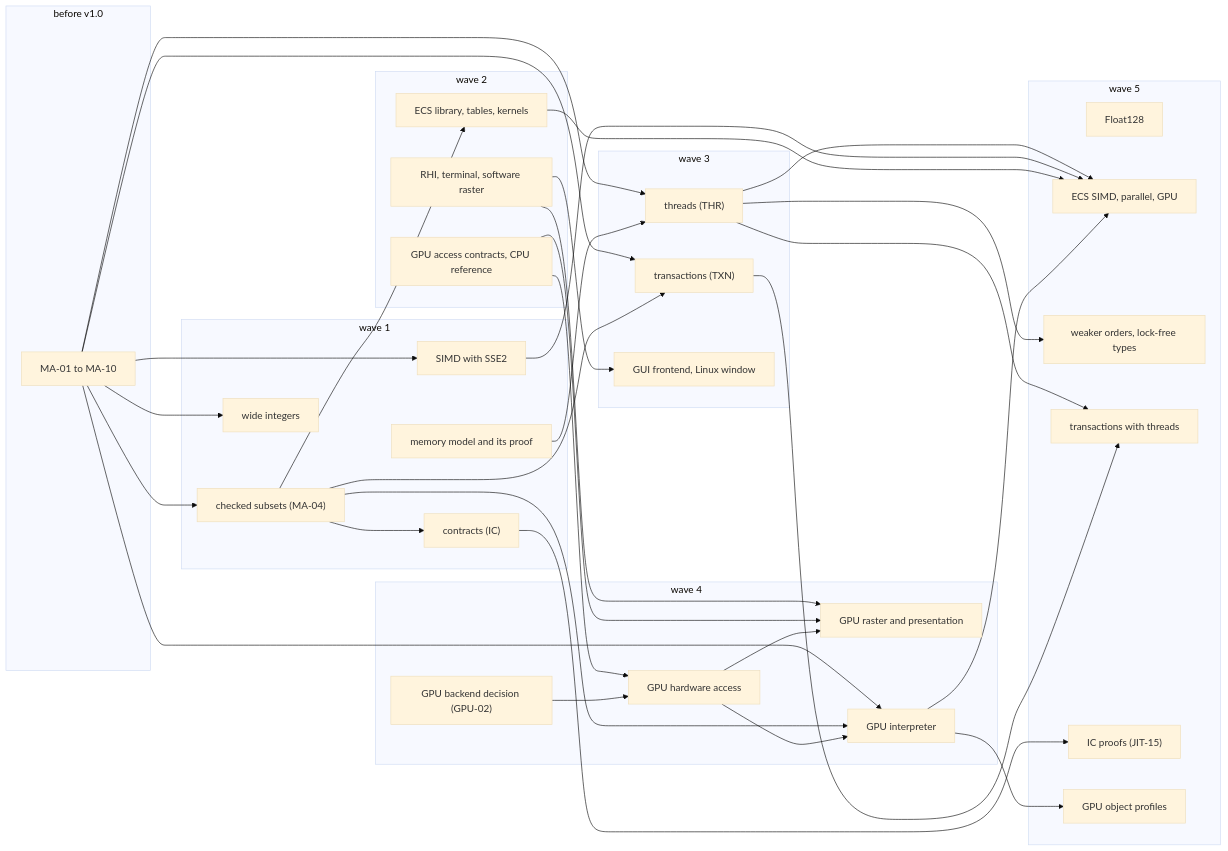
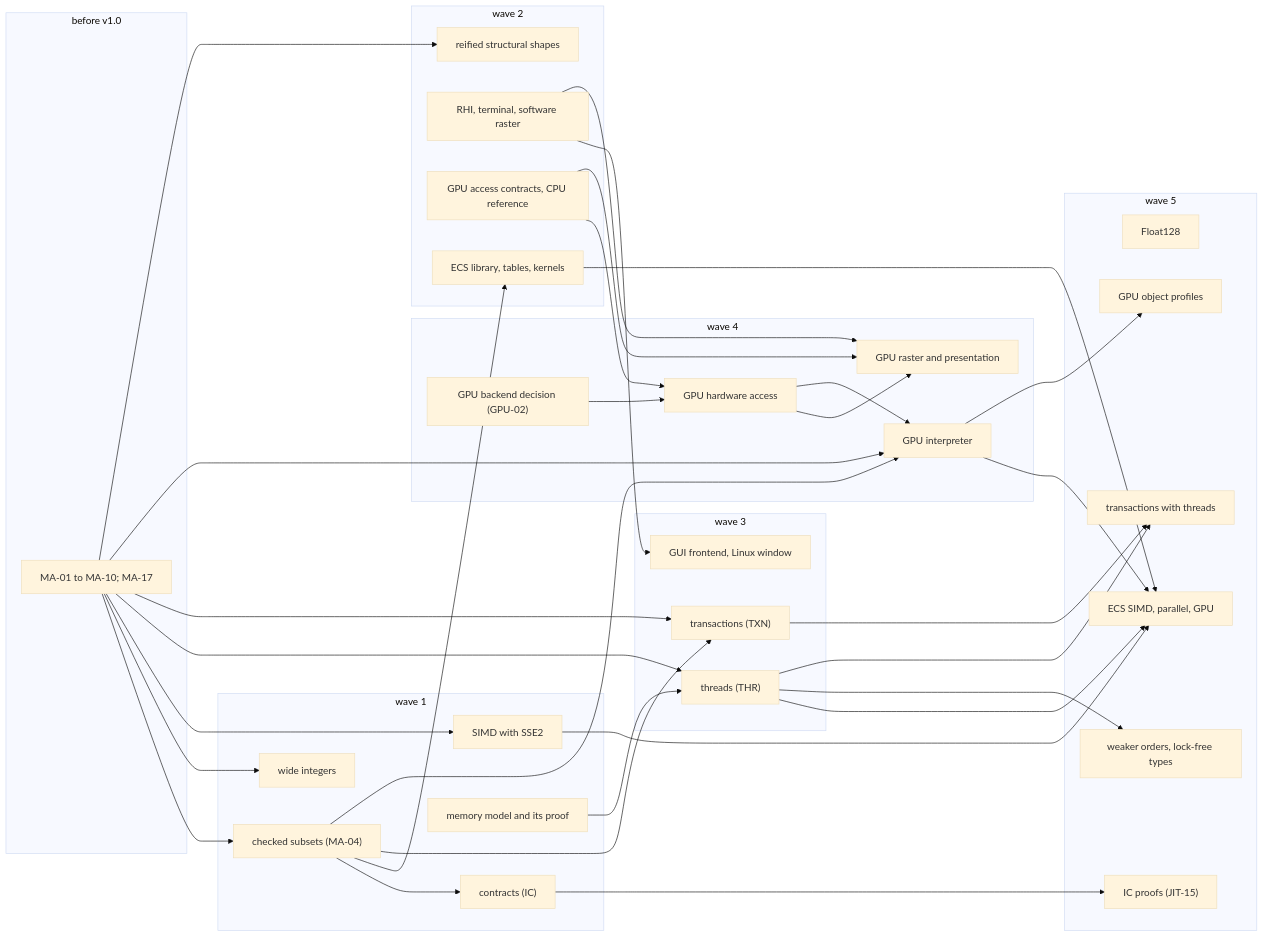
One commit to cryptroot/reflect changed the diagram in docs/proposals/meta-analysis.md. Above: the diagram before and after it, drawn with Mermaid (base theme). The commit also changed other lines of this file and 5 other files, not shown here.

````diff
--- a/docs/proposals/meta-analysis.md
+++ b/docs/proposals/meta-analysis.md
@@ -723,50 +775,52 @@
 ```mermaid
 flowchart LR
     subgraph W0["before v1.0"]
-        D["MA-01 to MA-10"]
+        D["MA-01 to MA-10; MA-17"]
     end
     subgraph W1["wave 1"]
         CS["checked subsets (MA-04)"]
         WI["wide integers"]
         SI["SIMD with SSE2"]
         IC["contracts (IC)"]
         MM["memory model and its proof"]
     end
     subgraph W2["wave 2"]
         EC["ECS library, tables, kernels"]
         RT["RHI, terminal, software raster"]
         GA["GPU access contracts, CPU reference"]
+        SH["reified structural shapes"]
     end
     subgraph W3["wave 3"]
         TH["threads (THR)"]
         TX["transactions (TXN)"]
         GU["GUI frontend, Linux window"]
     end
     subgraph W4["wave 4"]
         GB["GPU backend decision (GPU-02)"]
         GH["GPU hardware access"]
         RG["GPU raster and presentation"]
         GI["GPU interpreter"]
     end
     subgraph W5["wave 5"]
         FQ["Float128"]
         EX["ECS SIMD, parallel, GPU"]
         TW["weaker orders, lock-free types"]
         TT["transactions with threads"]
         IP["IC proofs (JIT-15)"]
         GO["GPU object profiles"]
     end
     D --> CS & WI & SI & TH & TX & GI
+    D --> SH
     CS --> IC & EC & TX & GI
     MM --> TH
     TH --> EX & TW & TT
     RT --> GU & RG
     GA --> GH & RG
     GB --> GH
     GH --> RG & GI
     SI --> EX
     EC --> EX
     GI --> EX & GO
     IC --> IP
     TX --> TT
 ```
````
